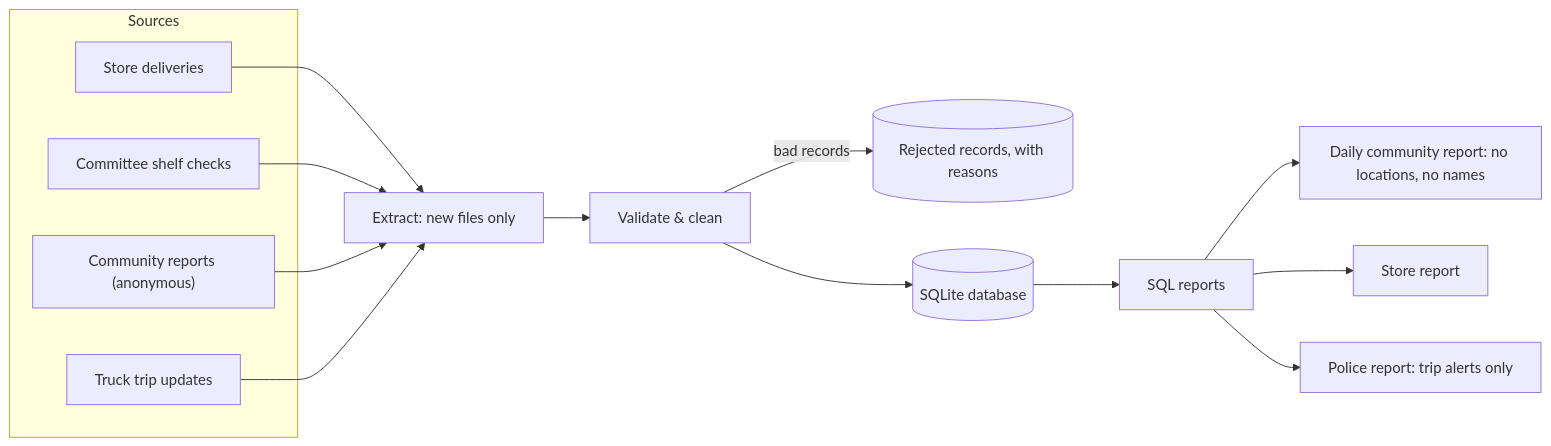
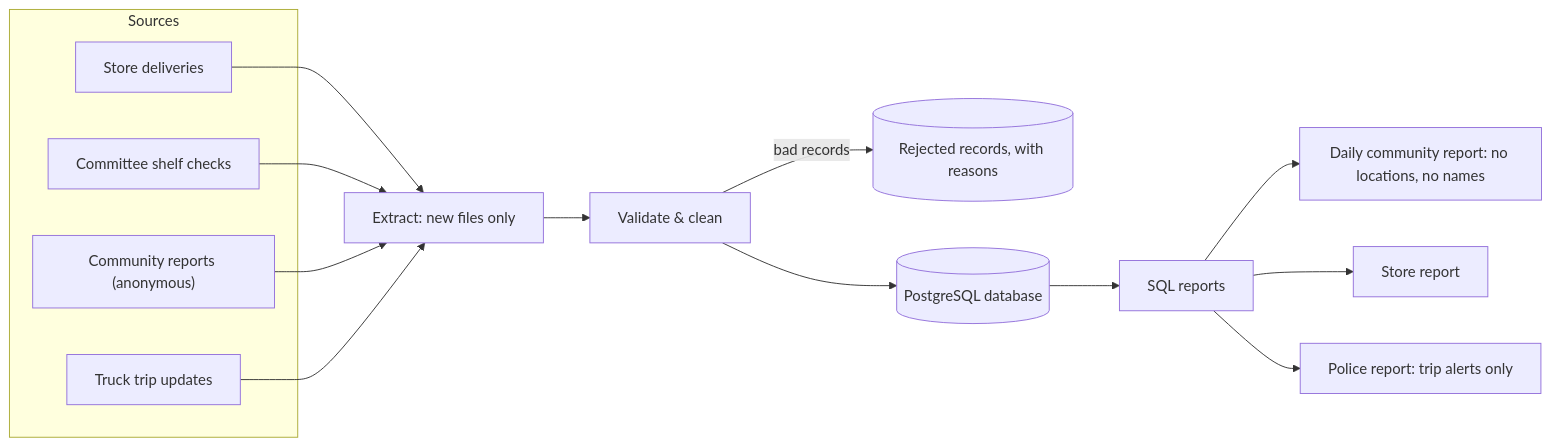
One commit to BaneleChakuma/safeshelf-tembisa changed the diagram in docs/PLAN.md. Above: the diagram before and after it, drawn with Mermaid. The commit also changed other lines of this file and 37 other files, not shown here.

First line of the commit message:
Move the database to PostgreSQL in Docker (#29)

````diff
--- a/docs/PLAN.md
+++ b/docs/PLAN.md
@@ -56,17 +56,17 @@
 ```mermaid
 flowchart LR
     subgraph Sources
         A["Store deliveries"]
         B["Committee shelf checks"]
         C["Community reports (anonymous)"]
         D["Truck trip updates"]
     end
     A & B & C & D --> E["Extract: new files only"]
     E --> F["Validate & clean"]
     F -- "bad records" --> R[("Rejected records, with reasons")]
-    F --> G[("SQLite database")]
+    F --> G[("PostgreSQL database")]
     G --> H["SQL reports"]
     H --> I["Daily community report: no locations, no names"]
     H --> J["Store report"]
     H --> K["Police report: trip alerts only"]
 ```
````
